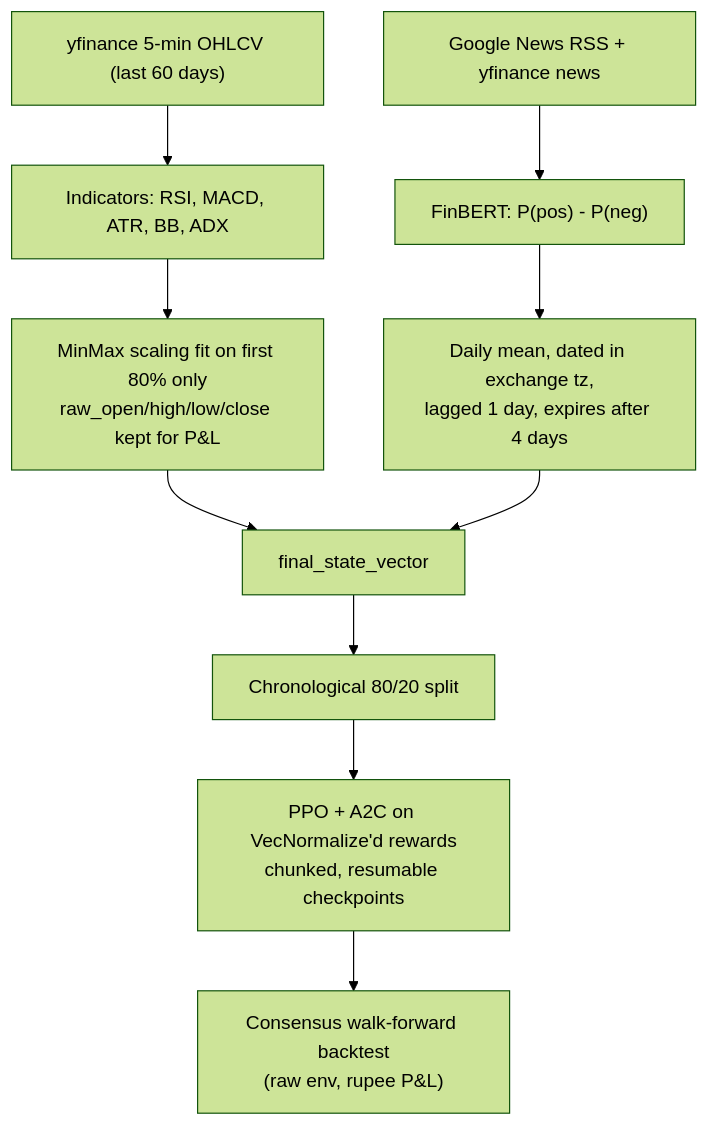
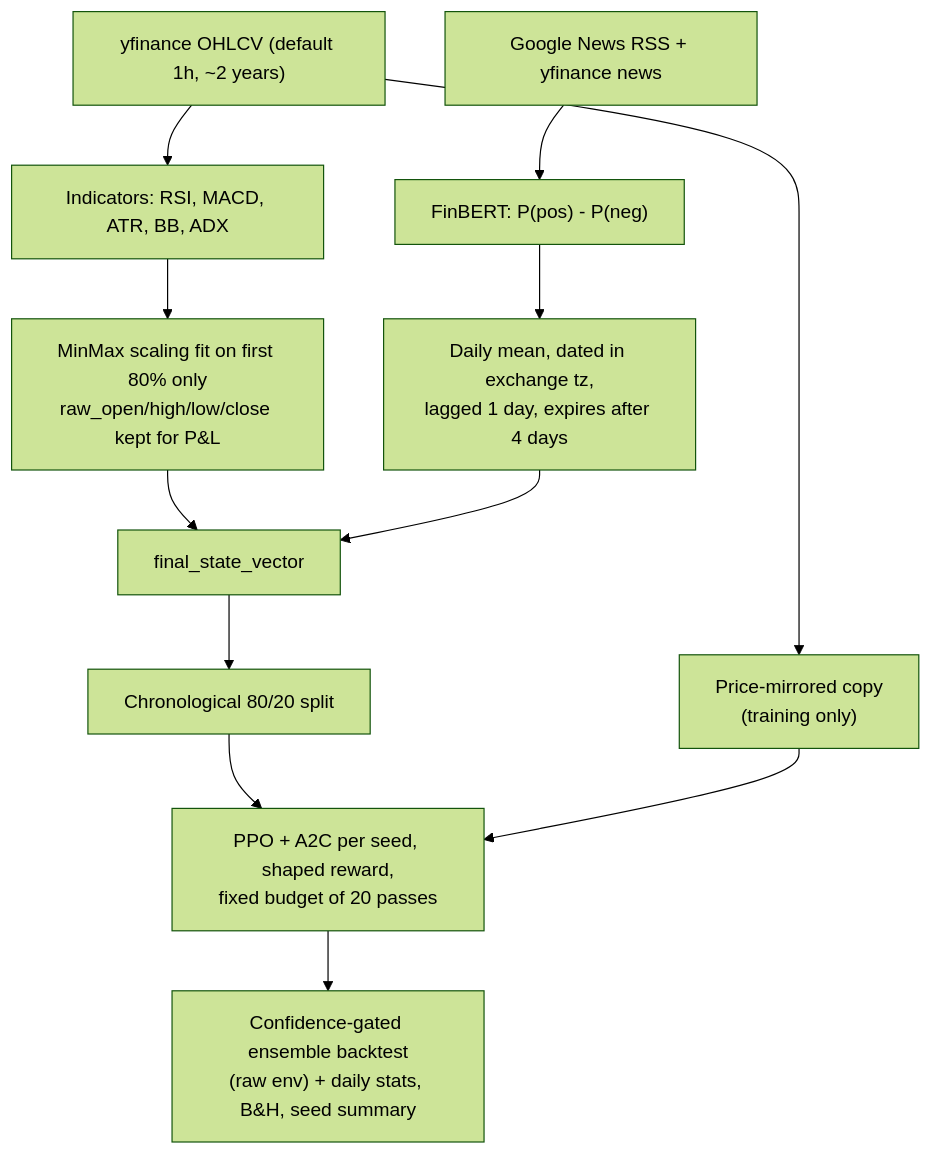
One commit to SUZUB/ATU changed the second of 2 diagrams in README.md. Above: the diagram before and after it, drawn with Mermaid (forest theme). The commit also changed other lines of this file and 5 other files, not shown here.

First line of the commit message:
feat: reduce overfitting with mirrored training data, 2y of 1h bars and a pass budget

````diff
--- a/README.md
+++ b/README.md
@@ -52,12 +52,14 @@
 ```mermaid
 flowchart TD
-    P["yfinance 5-min OHLCV (last 60 days)"] --> F["Indicators: RSI, MACD, ATR, BB, ADX"]
+    P["yfinance OHLCV (default 1h, ~2 years)"] --> F["Indicators: RSI, MACD, ATR, BB, ADX"]
     F --> S["MinMax scaling fit on first 80% only<br/>raw_open/high/low/close kept for P&L"]
     N["Google News RSS + yfinance news"] --> B["FinBERT: P(pos) - P(neg)"]
     B --> L["Daily mean, dated in exchange tz,<br/>lagged 1 day, expires after 4 days"]
     S --> M["final_state_vector"]
     L --> M
     M --> X["Chronological 80/20 split"]
-    X --> T["PPO + A2C on VecNormalize'd rewards<br/>chunked, resumable checkpoints"]
-    T --> E["Consensus walk-forward backtest<br/>(raw env, rupee P&L)"]
+    P --> R["Price-mirrored copy<br/>(training only)"]
+    X --> T["PPO + A2C per seed, shaped reward,<br/>fixed budget of 20 passes"]
+    R --> T
+    T --> E["Confidence-gated ensemble backtest<br/>(raw env) + daily stats, B&H, seed summary"]
 ```
````
